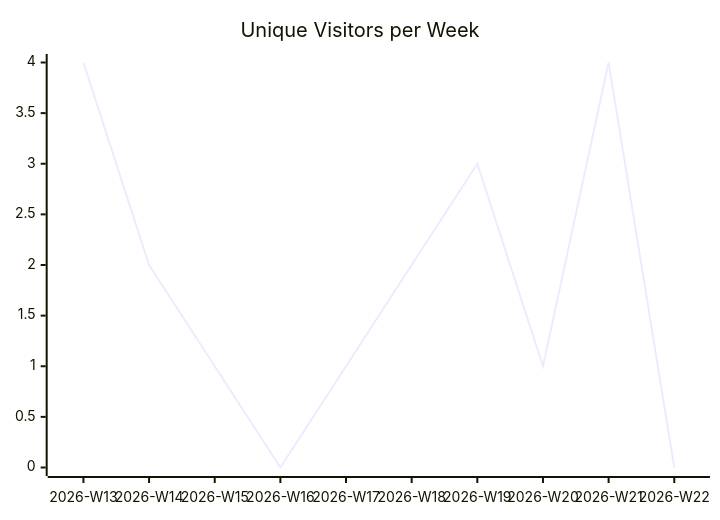
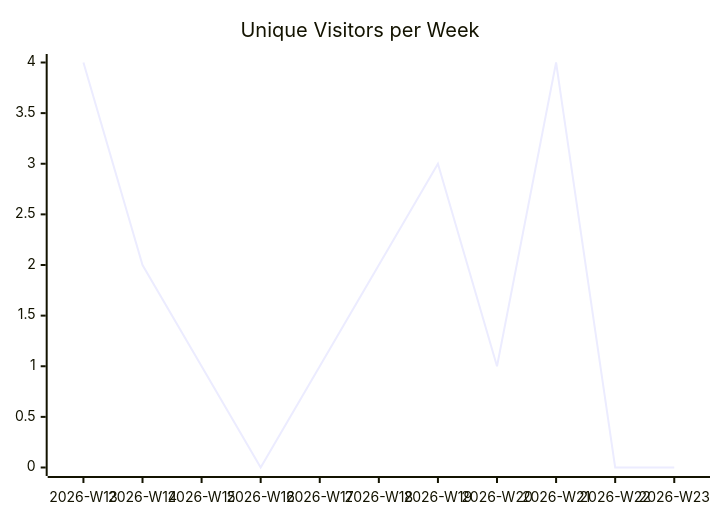
Before and after one commit to justdavis-family/github-analytics-data: the first of 3 diagrams in karlmdavis/xmlpull/README.md, drawn with Mermaid. The commit also changed other lines of this file and 186 other files, not shown here.

````diff
--- a/karlmdavis/xmlpull/README.md
+++ b/karlmdavis/xmlpull/README.md
@@ -5,6 +5,6 @@
 ```mermaid
 xychart-beta
   title "Unique Visitors per Week"
-  x-axis ["2026-W13", "2026-W14", "2026-W15", "2026-W16", "2026-W17", "2026-W18", "2026-W19", "2026-W20", "2026-W21", "2026-W22"]
-  line [4, 2, 1, 0, 1, 2, 3, 1, 4, 0]
+  x-axis ["2026-W13", "2026-W14", "2026-W15", "2026-W16", "2026-W17", "2026-W18", "2026-W19", "2026-W20", "2026-W21", "2026-W22", "2026-W23"]
+  line [4, 2, 1, 0, 1, 2, 3, 1, 4, 0, 0]
 ```
````
